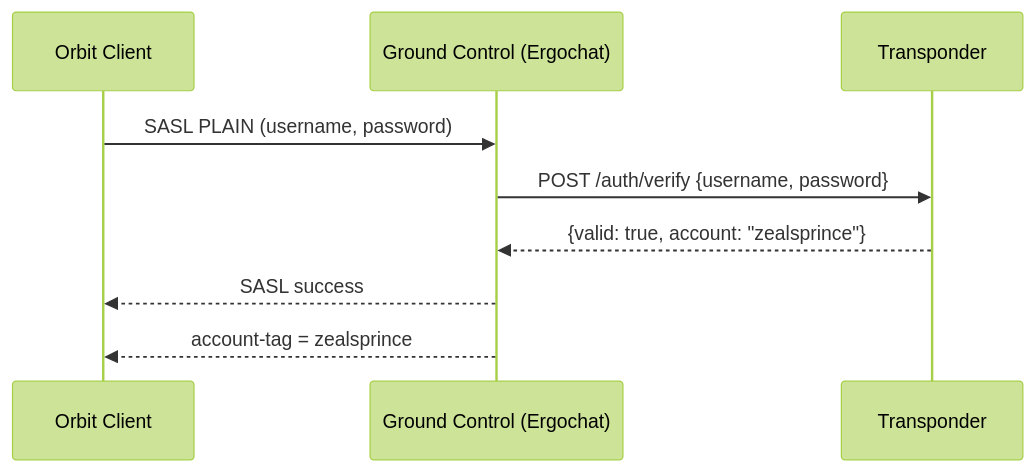
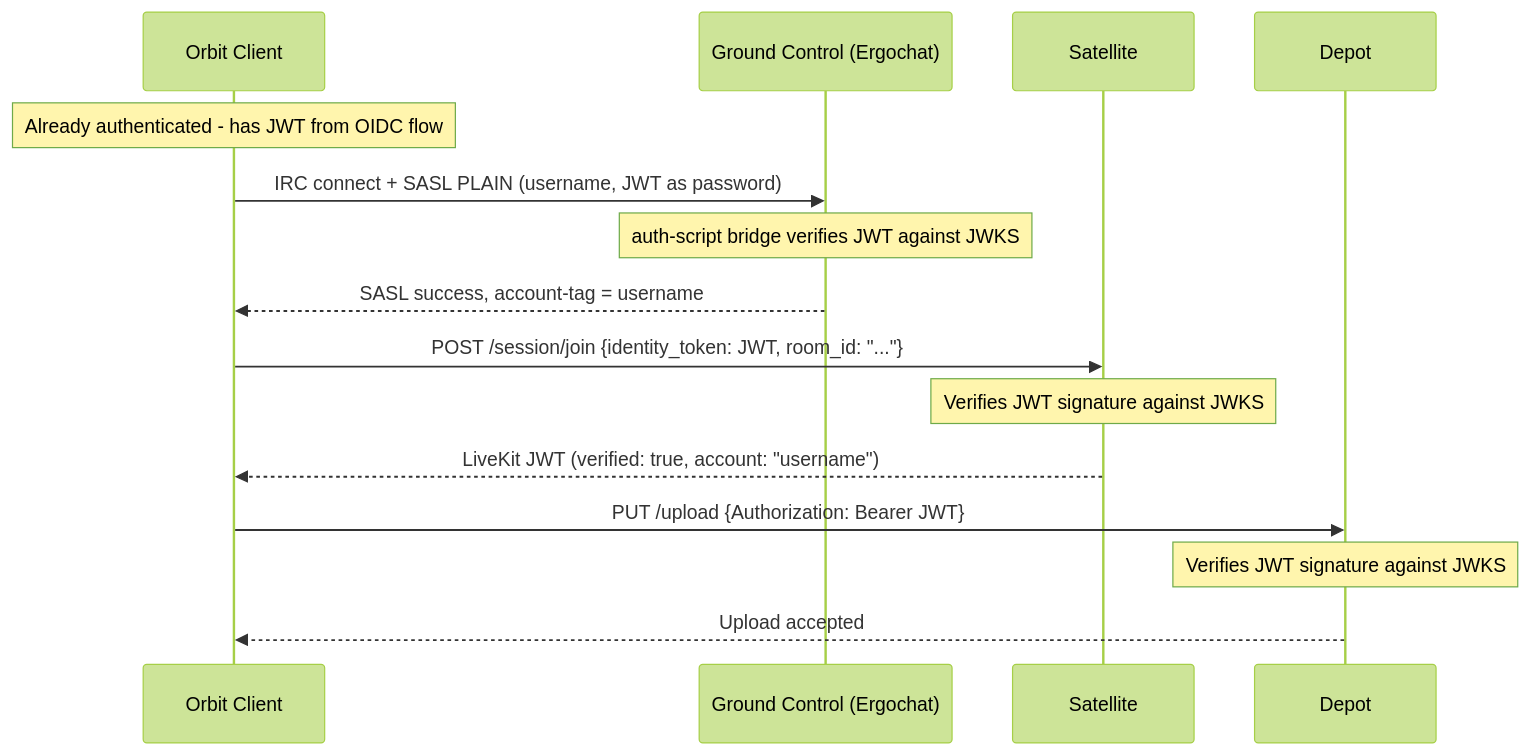
One commit to hivecom/orbit-spec changed the second of 3 diagrams in spec/02-components/04-transponder.md. Above: the diagram before and after it, drawn with Mermaid (forest theme). The commit also changed other lines of this file and 8 other files, not shown here.

First line of the commit message:
Switch Transponder to OIDC identity role

````diff
--- a/spec/02-components/04-transponder.md
+++ b/spec/02-components/04-transponder.md
@@ -147,12 +86,21 @@
 ```mermaid
 sequenceDiagram
-    participant C as Orbit Client
+    participant O as Orbit Client
     participant GC as Ground Control (Ergochat)
-    participant T as Transponder
+    participant S as Satellite
+    participant D as Depot
 
-    C->>GC: SASL PLAIN (username, password)
-    GC->>T: POST /auth/verify {username, password}
-    T-->>GC: {valid: true, account: "zealsprince"}
-    GC-->>C: SASL success
-    GC-->>C: account-tag = zealsprince
+    Note over O: Already authenticated - has JWT from OIDC flow
+
+    O->>GC: IRC connect + SASL PLAIN (username, JWT as password)
+    Note over GC: auth-script bridge verifies JWT against JWKS
+    GC-->>O: SASL success, account-tag = username
+
+    O->>S: POST /session/join {identity_token: JWT, room_id: "..."}
+    Note over S: Verifies JWT signature against JWKS
+    S-->>O: LiveKit JWT (verified: true, account: "username")
+
+    O->>D: PUT /upload {Authorization: Bearer JWT}
+    Note over D: Verifies JWT signature against JWKS
+    D-->>O: Upload accepted
 ```
````
